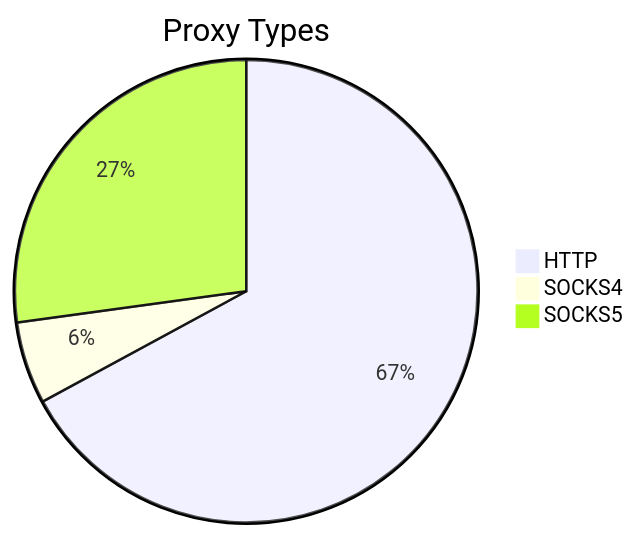
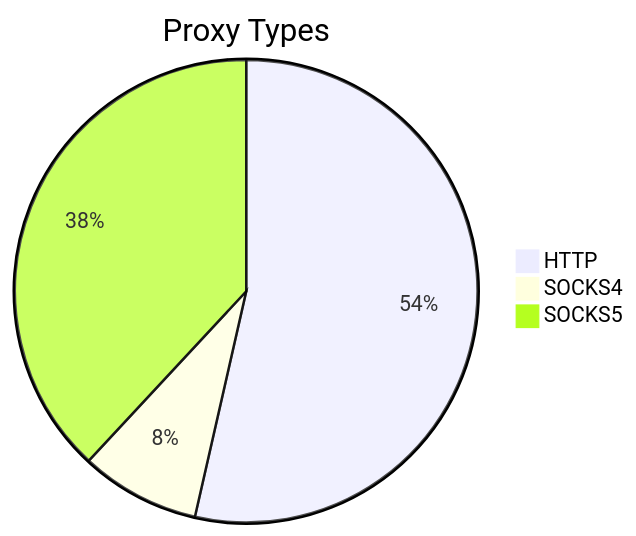
The first of 2 diagrams in README.md (stormsia/proxy-list), drawn with Mermaid before and after one commit. The commit also changed other lines of this file, not shown here.

````diff
--- a/README.md
+++ b/README.md
@@ -21,6 +21,6 @@
 ```mermaid
 pie title Proxy Types
-    "HTTP" : 210
-    "SOCKS4" : 18
-    "SOCKS5" : 85
+    "HTTP" : 218
+    "SOCKS4" : 34
+    "SOCKS5" : 155
 ```
````
